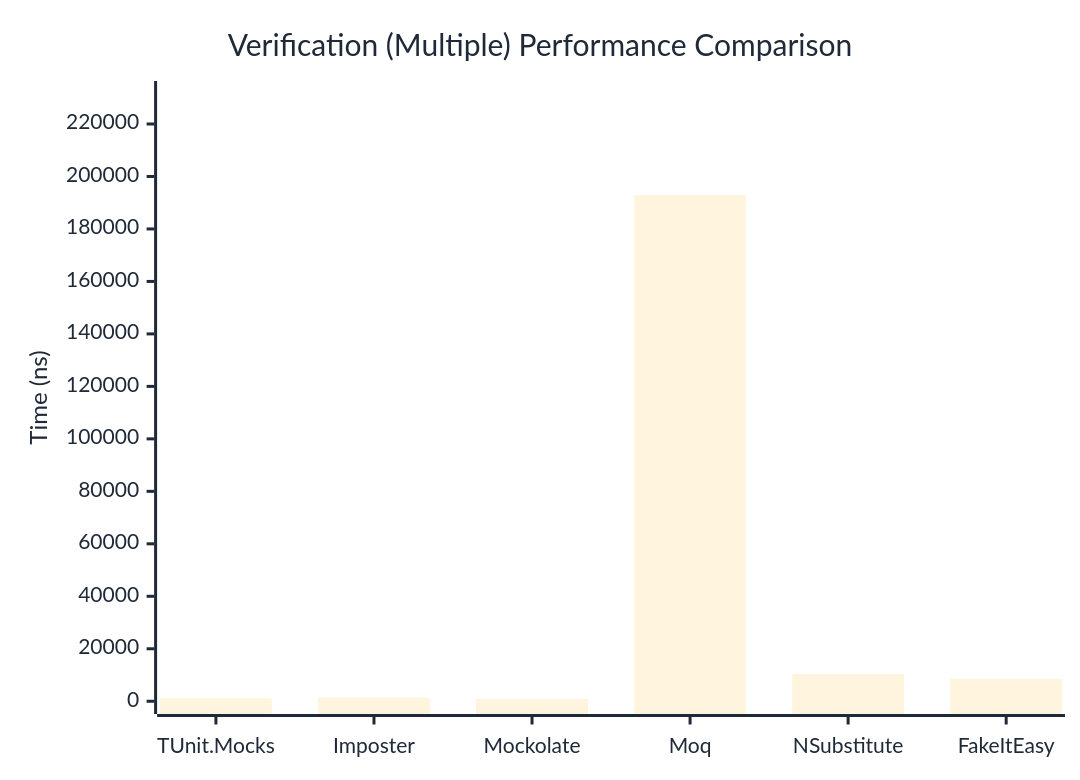
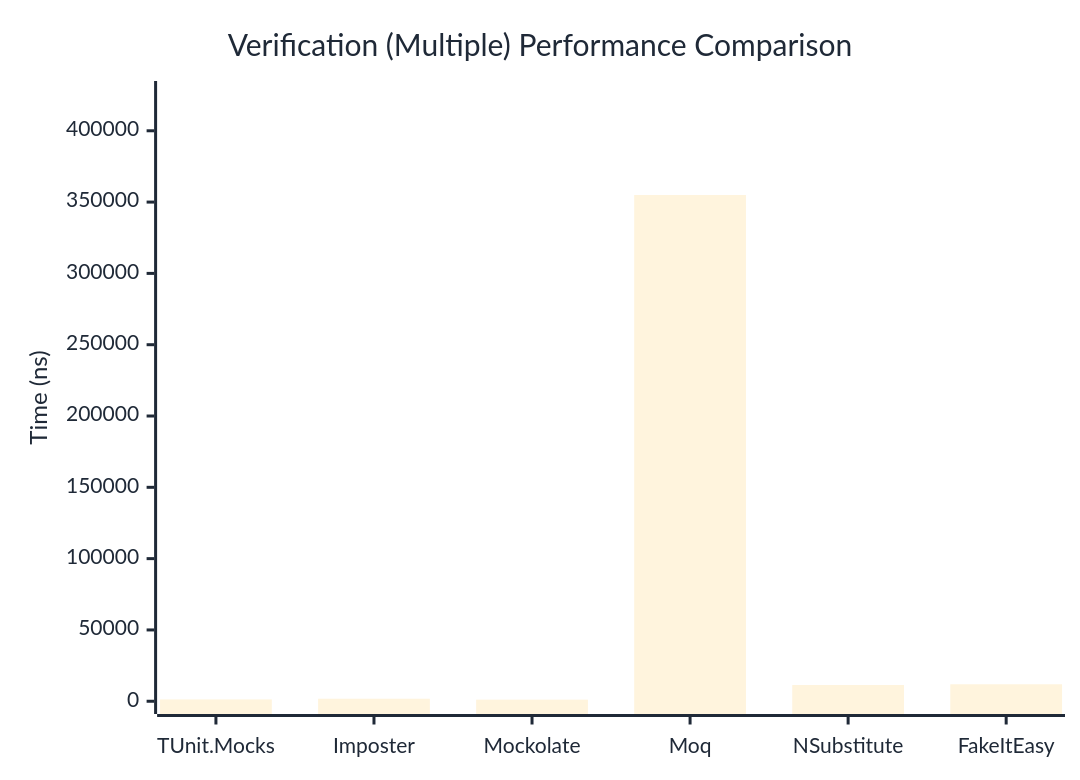
One commit to thomhurst/TUnit changed the third of 3 diagrams in docs/docs/benchmarks/mocks/Verification.md. Above: the diagram before and after it, drawn with Mermaid. The commit also changed other lines of this file and 14 other files, not shown here.

````diff
--- a/docs/docs/benchmarks/mocks/Verification.md
+++ b/docs/docs/benchmarks/mocks/Verification.md
@@ -112,27 +112,27 @@
 ```mermaid
 %%{init: {
   'theme':'base',
   'themeVariables': {
     'primaryColor': '#2563eb',
     'primaryTextColor': '#1f2937',
     'primaryBorderColor': '#1e40af',
     'lineColor': '#6b7280',
     'secondaryColor': '#7c3aed',
     'tertiaryColor': '#dc2626',
     'background': '#ffffff',
     'pie1': '#2563eb',
     'pie2': '#7c3aed',
     'pie3': '#dc2626',
     'pie4': '#f59e0b',
     'pie5': '#10b981',
     'pie6': '#06b6d4',
     'pie7': '#ec4899',
     'pie8': '#6366f1'
   }
 }}%%
 xychart-beta
   title "Verification (Multiple) Performance Comparison"
   x-axis ["TUnit.Mocks", "Imposter", "Mockolate", "Moq", "NSubstitute", "FakeItEasy"]
-  y-axis "Time (ns)" 0 --> 231525
-  bar [1095.53, 1369.56, 930.42, 192937.49, 10414.72, 8451.57]
+  y-axis "Time (ns)" 0 --> 425962
+  bar [1276.2, 1758.57, 1118.68, 354967.63, 11380.16, 11893.15]
 ```
````
